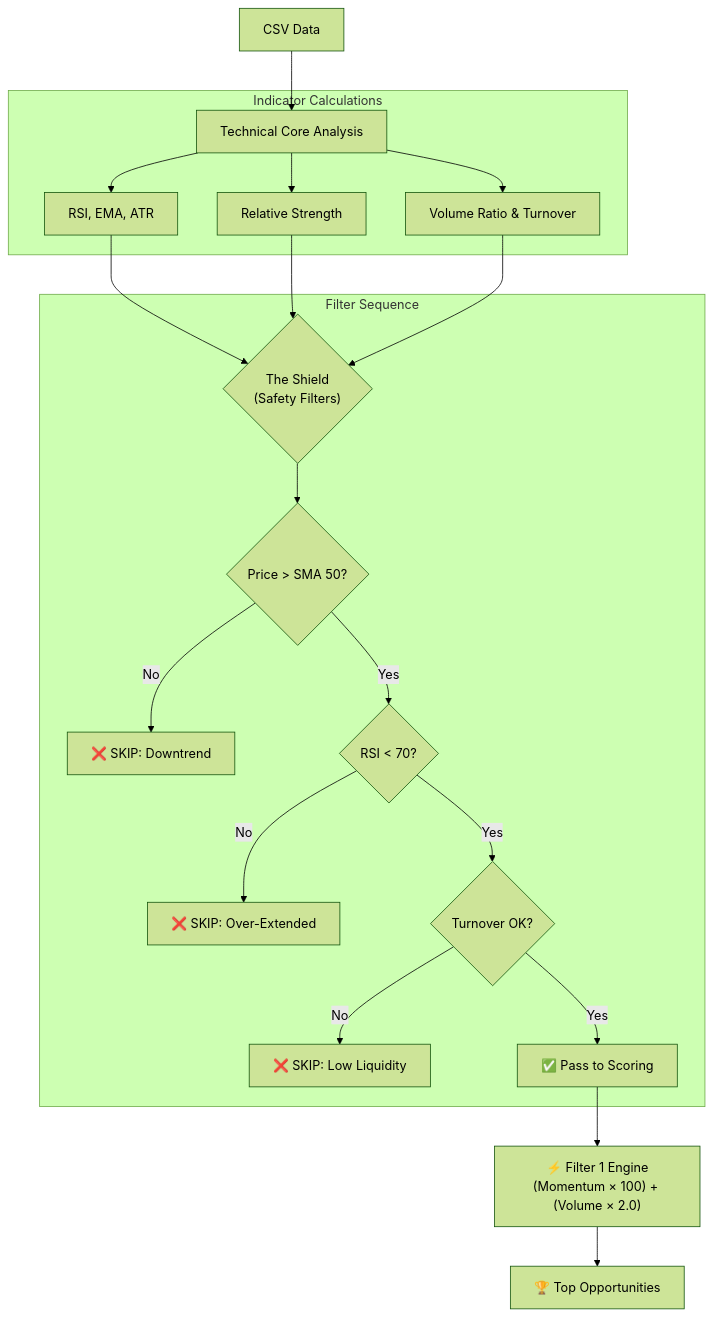
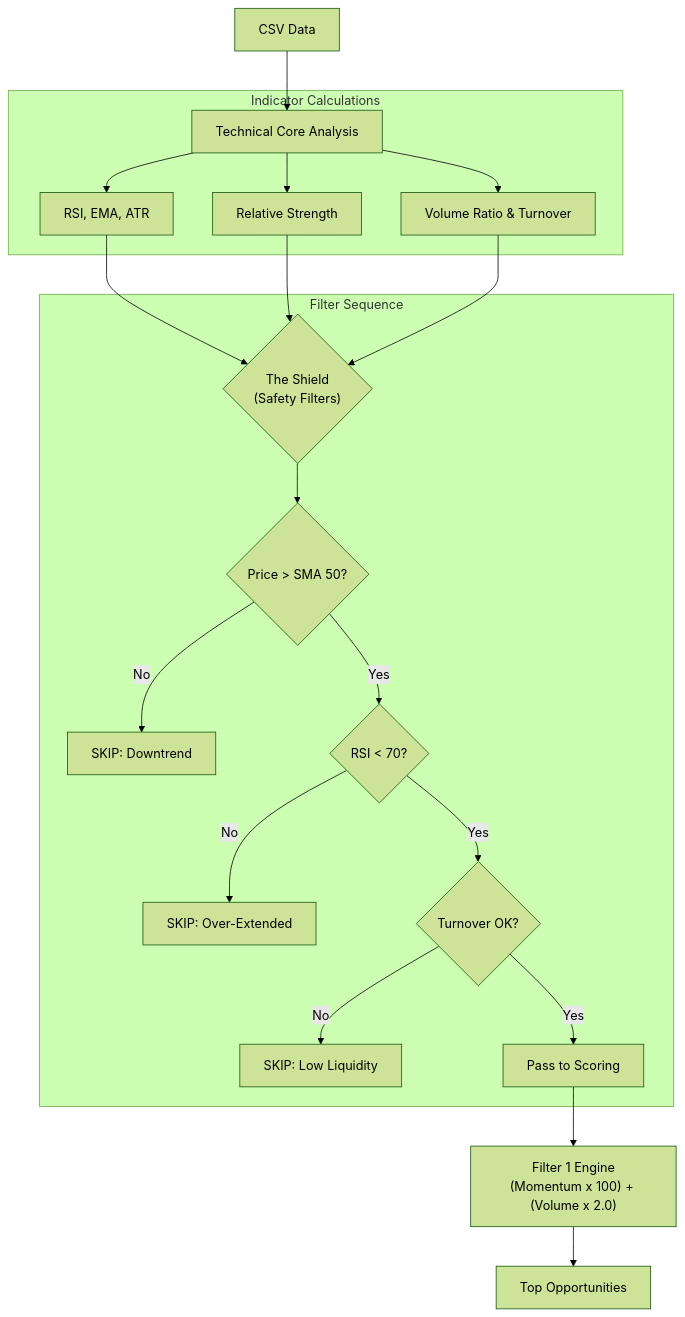
Before and after one commit to zetaaztra/Alpha-Zeta-Scanner: the second of 2 diagrams in README.md, drawn with Mermaid (forest theme). The commit also changed other lines of this file and 2 other files, not shown here.

````diff
--- a/README.md
+++ b/README.md
@@ -37,25 +28,25 @@
 ```mermaid
 graph TD
     A["CSV Data"] --> B["Technical Core Analysis"]
     
     subgraph "Indicator Calculations"
     B --> B1["RSI, EMA, ATR"]
     B --> B2["Relative Strength"]
     B --> B3["Volume Ratio & Turnover"]
     end
     
     B1 & B2 & B3 --> C{"The Shield<br/>(Safety Filters)"}
     
     subgraph "Filter Sequence"
     C --> D1{"Price > SMA 50?"}
-    D1 -- No --> E1["❌ SKIP: Downtrend"]
+    D1 -- No --> E1["SKIP: Downtrend"]
     D1 -- Yes --> D2{"RSI < 70?"}
-    D2 -- No --> E2["❌ SKIP: Over-Extended"]
+    D2 -- No --> E2["SKIP: Over-Extended"]
     D2 -- Yes --> D3{"Turnover OK?"}
-    D3 -- No --> E3["❌ SKIP: Low Liquidity"]
-    D3 -- Yes --> F["✅ Pass to Scoring"]
+    D3 -- No --> E3["SKIP: Low Liquidity"]
+    D3 -- Yes --> F["Pass to Scoring"]
     end
     
-    F --> G["⚡ Filter 1 Engine<br/>(Momentum × 100) + (Volume × 2.0)"]
-    G --> H["🏆 Top Opportunities"]
+    F --> G["Filter 1 Engine<br/>(Momentum x 100) + (Volume x 2.0)"]
+    G --> H["Top Opportunities"]
 ```
````
